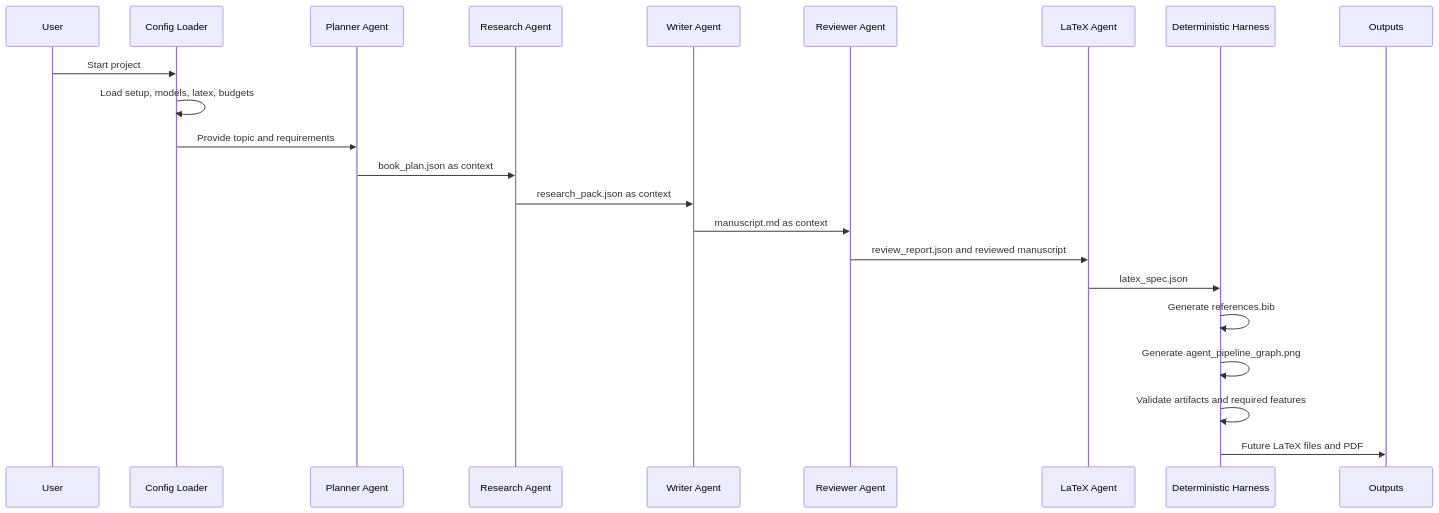
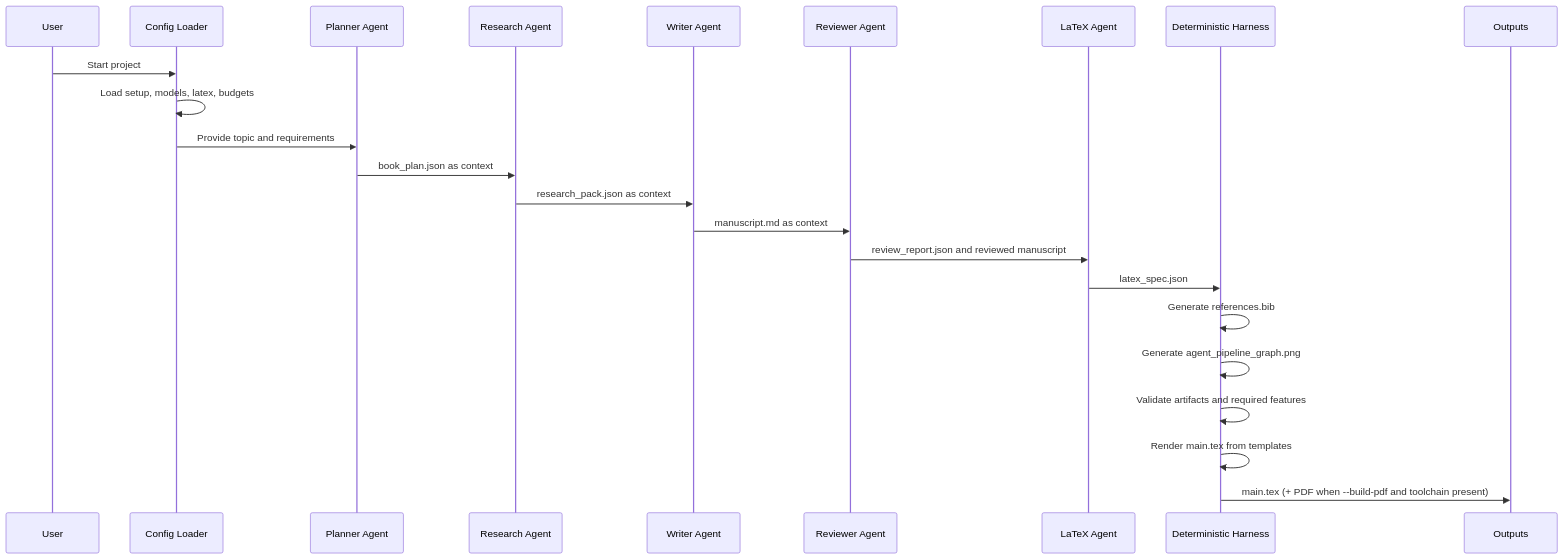
One commit to AmrSafadi/AI-Agent-Orchestration-HW3 changed the second of 2 diagrams in docs/ARCHITECTURE_DIAGRAM.md. Above: the diagram before and after it, drawn with Mermaid. The commit also changed other lines of this file and 34 other files, not shown here.

````diff
--- a/docs/ARCHITECTURE_DIAGRAM.md
+++ b/docs/ARCHITECTURE_DIAGRAM.md
@@ -49,25 +53,26 @@
 ```mermaid
 sequenceDiagram
     participant U as User
     participant C as Config Loader
     participant P as Planner Agent
     participant R as Research Agent
     participant W as Writer Agent
     participant V as Reviewer Agent
     participant L as LaTeX Agent
     participant H as Deterministic Harness
     participant O as Outputs
 
     U->>C: Start project
     C->>C: Load setup, models, latex, budgets
     C->>P: Provide topic and requirements
     P->>R: book_plan.json as context
     R->>W: research_pack.json as context
     W->>V: manuscript.md as context
     V->>L: review_report.json and reviewed manuscript
     L->>H: latex_spec.json
     H->>H: Generate references.bib
     H->>H: Generate agent_pipeline_graph.png
     H->>H: Validate artifacts and required features
-    H->>O: Future LaTeX files and PDF
+    H->>H: Render main.tex from templates
+    H->>O: main.tex (+ PDF when --build-pdf and toolchain present)
 ```
````
